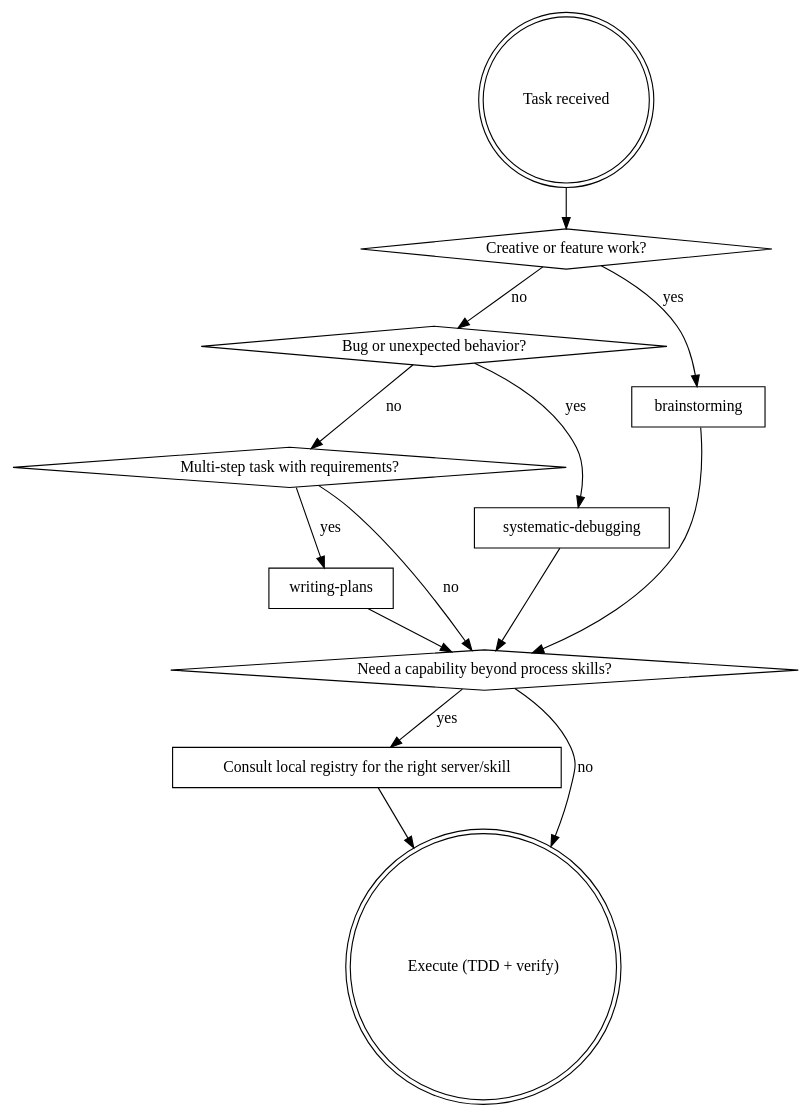
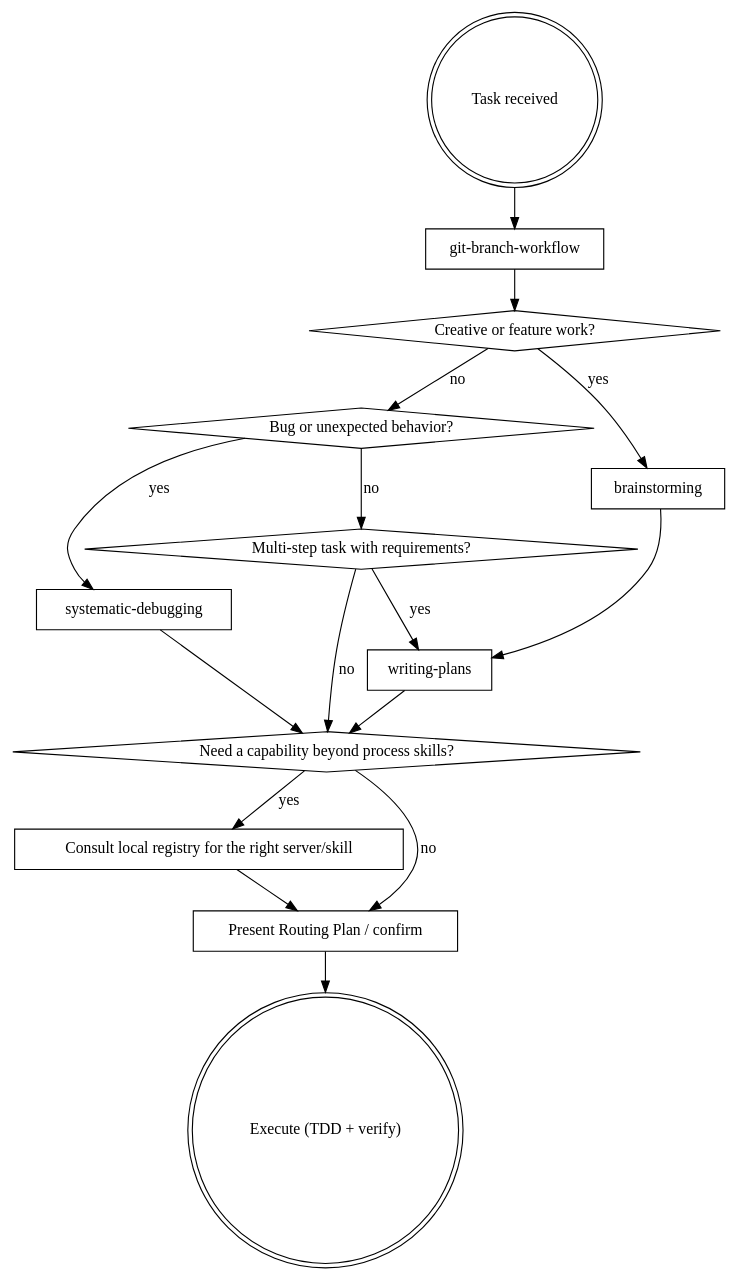
Before and after one commit to heitorpfigueira/my-superpowers: the diagram in skills/coordinator/SKILL.md, drawn with Graphviz. The commit also changed other lines of this file, not shown here.

First line of the commit message:
Fix wave: coordinator SKILL.md post-final-review findings

````diff
--- a/skills/coordinator/SKILL.md
+++ b/skills/coordinator/SKILL.md
@@ -174,31 +175,35 @@
 ```dot
 digraph coordinator {
     rankdir=TB;
     "Task received" [shape=doublecircle];
+    "git-branch-workflow" [shape=box];
     "Creative or feature work?" [shape=diamond];
     "Bug or unexpected behavior?" [shape=diamond];
     "Multi-step task with requirements?" [shape=diamond];
     "brainstorming" [shape=box];
     "systematic-debugging" [shape=box];
     "writing-plans" [shape=box];
     "Need a capability beyond process skills?" [shape=diamond];
     "Consult local registry for the right server/skill" [shape=box];
+    "Present Routing Plan / confirm" [shape=box];
     "Execute (TDD + verify)" [shape=doublecircle];
 
-    "Task received" -> "Creative or feature work?";
+    "Task received" -> "git-branch-workflow";
+    "git-branch-workflow" -> "Creative or feature work?";
     "Creative or feature work?" -> "brainstorming" [label="yes"];
     "Creative or feature work?" -> "Bug or unexpected behavior?" [label="no"];
     "Bug or unexpected behavior?" -> "systematic-debugging" [label="yes"];
     "Bug or unexpected behavior?" -> "Multi-step task with requirements?" [label="no"];
     "Multi-step task with requirements?" -> "writing-plans" [label="yes"];
     "Multi-step task with requirements?" -> "Need a capability beyond process skills?" [label="no"];
 
-    "brainstorming" -> "Need a capability beyond process skills?";
+    "brainstorming" -> "writing-plans";
+    "writing-plans" -> "Need a capability beyond process skills?";
     "systematic-debugging" -> "Need a capability beyond process skills?";
-    "writing-plans" -> "Need a capability beyond process skills?";
 
     "Need a capability beyond process skills?" -> "Consult local registry for the right server/skill" [label="yes"];
-    "Need a capability beyond process skills?" -> "Execute (TDD + verify)" [label="no"];
-    "Consult local registry for the right server/skill" -> "Execute (TDD + verify)";
+    "Need a capability beyond process skills?" -> "Present Routing Plan / confirm" [label="no"];
+    "Consult local registry for the right server/skill" -> "Present Routing Plan / confirm";
+    "Present Routing Plan / confirm" -> "Execute (TDD + verify)";
 }
 ```
````
